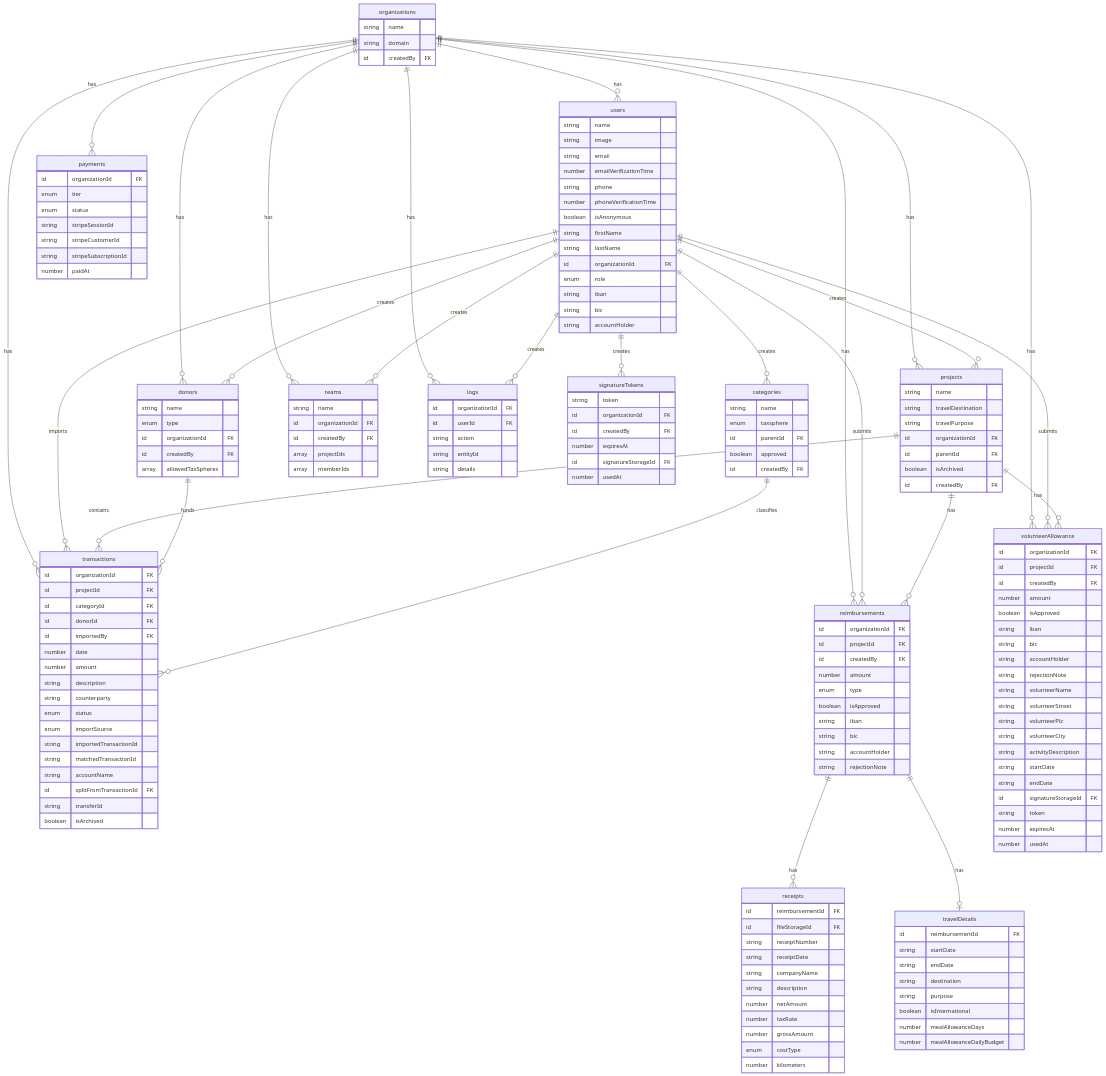
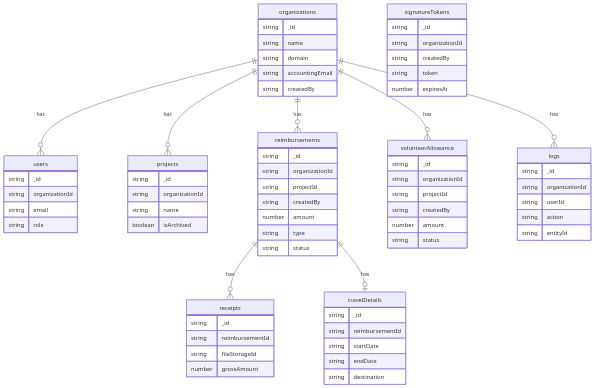
The diagram in docs/schema.md (yfndev/ybase), drawn with Mermaid before and after one commit. The commit also changed other lines of this file and 15 other files, not shown here.

````diff
--- a/docs/schema.md
+++ b/docs/schema.md
@@ -3,197 +7,82 @@
 ```mermaid
 erDiagram
+    organizations ||--o{ users : has
+    organizations ||--o{ projects : has
+    organizations ||--o{ reimbursements : has
+    organizations ||--o{ volunteerAllowance : has
+    organizations ||--o{ logs : has
+    reimbursements ||--o{ receipts : has
+    reimbursements ||--o| travelDetails : has
+
     organizations {
+        string _id
         string name
         string domain
-        id createdBy FK
+        string accountingEmail
+        string createdBy
     }
 
     users {
-        string name
-        string image
+        string _id
+        string organizationId
         string email
-        number emailVerificationTime
-        string phone
-        number phoneVerificationTime
-        boolean isAnonymous
-        string firstName
-        string lastName
-        id organizationId FK
-        enum role
-        string iban
-        string bic
-        string accountHolder
+        string role
     }
 
     projects {
+        string _id
+        string organizationId
         string name
-        string travelDestination
-        string travelPurpose
-        id organizationId FK
-        id parentId FK
-        boolean isArchived
-        id createdBy FK
-    }
-
-    transactions {
-        id organizationId FK
-        id projectId FK
-        id categoryId FK
-        id donorId FK
-        id importedBy FK
-        number date
-        number amount
-        string description
-        string counterparty
-        enum status
-        enum importSource
-        string importedTransactionId
-        string matchedTransactionId
-        string accountName
-        id splitFromTransactionId FK
-        string transferId
         boolean isArchived
     }
 
-    categories {
-        string name
-        enum taxsphere
-        id parentId FK
-        boolean approved
-        id createdBy FK
-    }
-
-    donors {
-        string name
-        enum type
-        id organizationId FK
-        id createdBy FK
-        array allowedTaxSpheres
-    }
-
-    teams {
-        string name
-        id organizationId FK
-        id createdBy FK
-        array projectIds
-        array memberIds
-    }
-
     reimbursements {
-        id organizationId FK
-        id projectId FK
-        id createdBy FK
+        string _id
+        string organizationId
+        string projectId
+        string createdBy
         number amount
-        enum type
-        boolean isApproved
-        string iban
-        string bic
-        string accountHolder
-        string rejectionNote
+        string type
+        string status
     }
 
     receipts {
-        id reimbursementId FK
-        id fileStorageId FK
-        string receiptNumber
-        string receiptDate
-        string companyName
-        string description
-        number netAmount
-        number taxRate
+        string _id
+        string reimbursementId
+        string fileStorageId
         number grossAmount
-        enum costType
-        number kilometers
     }
 
     travelDetails {
-        id reimbursementId FK
+        string _id
+        string reimbursementId
         string startDate
         string endDate
         string destination
-        string purpose
-        boolean isInternational
-        number mealAllowanceDays
-        number mealAllowanceDailyBudget
     }
 
-    payments {
-        id organizationId FK
-        enum tier
-        enum status
-        string stripeSessionId
-        string stripeCustomerId
-        string stripeSubscriptionId
-        number paidAt
+    volunteerAllowance {
+        string _id
+        string organizationId
+        string projectId
+        string createdBy
+        number amount
+        string status
+    }
+
+    signatureTokens {
+        string _id
+        string organizationId
+        string createdBy
+        string token
+        number expiresAt
     }
 
     logs {
-        id organizationId FK
-        id userId FK
+        string _id
+        string organizationId
+        string userId
         string action
         string entityId
-        string details
     }
-
-    volunteerAllowance {
-        id organizationId FK
-        id projectId FK
-        id createdBy FK
-        number amount
-        boolean isApproved
-        string iban
-        string bic
-        string accountHolder
-        string rejectionNote
-        string volunteerName
-        string volunteerStreet
-        string volunteerPlz
-        string volunteerCity
-        string activityDescription
-        string startDate
-        string endDate
-        id signatureStorageId FK
-        string token
-        number expiresAt
-        number usedAt
-    }
-
-    signatureTokens {
-        string token
-        id organizationId FK
-        id createdBy FK
-        number expiresAt
-        id signatureStorageId FK
-        number usedAt
-    }
-
-    organizations ||--o{ users : "has"
-    organizations ||--o{ projects : "has"
-    organizations ||--o{ transactions : "has"
-    organizations ||--o{ donors : "has"
-    organizations ||--o{ teams : "has"
-    organizations ||--o{ reimbursements : "has"
-    organizations ||--o{ payments : "has"
-    organizations ||--o{ logs : "has"
-    organizations ||--o{ volunteerAllowance : "has"
-
-    users ||--o{ transactions : "imports"
-    users ||--o{ reimbursements : "submits"
-    users ||--o{ logs : "creates"
-    users ||--o{ donors : "creates"
-    users ||--o{ teams : "creates"
-    users ||--o{ categories : "creates"
-    users ||--o{ volunteerAllowance : "submits"
-    users ||--o{ signatureTokens : "creates"
-    users ||--o{ projects : "creates"
-
-    projects ||--o{ transactions : "contains"
-    projects ||--o{ reimbursements : "has"
-    projects ||--o{ volunteerAllowance : "has"
-
-    donors ||--o{ transactions : "funds"
-    categories ||--o{ transactions : "classifies"
-
-    reimbursements ||--o{ receipts : "has"
-    reimbursements ||--o| travelDetails : "has"
 ```
````
